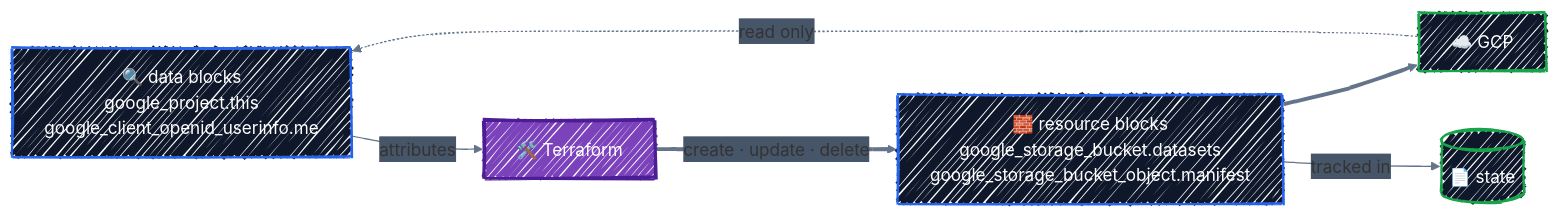
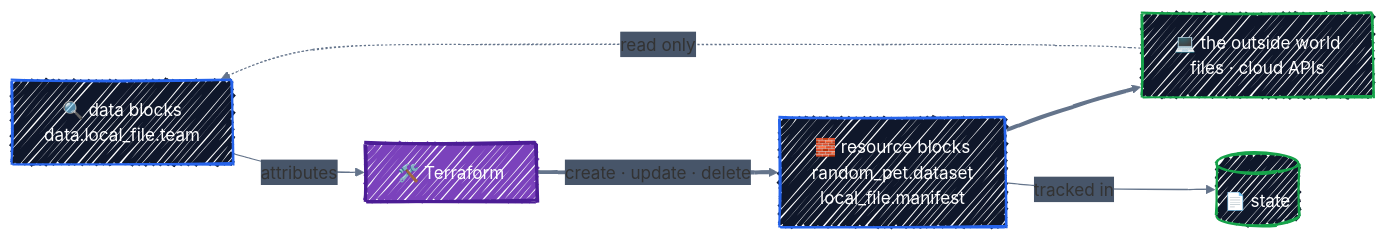
One commit to r97221004/terraform-tutorial changed the first of 2 diagrams in docs/core-language/resources-and-data-sources.md. Above: the diagram before and after it, drawn with Mermaid. The commit also changed other lines of this file and 8 other files, not shown here.

````diff
--- a/docs/core-language/resources-and-data-sources.md
+++ b/docs/core-language/resources-and-data-sources.md
@@ -20,32 +30,32 @@
 ```mermaid
 ---
 config:
   look: handDrawn
   theme: default
   themeVariables:
     fontFamily: '"Comic Sans MS", "Comic Sans", "Segoe Print", "Bradley Hand", cursive'
     lineColor: '#64748B'
     edgeLabelBackground: '#475569'
   themeCSS: |
     .edgeLabel, .edgeLabel p, .edgeLabel span { color: #FFFFFF !important; }
 ---
 flowchart LR
-    data["🔍 data blocks<br/>google_project.this<br/>google_client_openid_userinfo.me"]
+    data["🔍 data blocks<br/>data.local_file.team"]
     tf["🛠️ Terraform"]
-    res["🧱 resource blocks<br/>google_storage_bucket.datasets<br/>google_storage_bucket_object.manifest"]
-    gcp["☁️ GCP"]
+    res["🧱 resource blocks<br/>random_pet.dataset<br/>local_file.manifest"]
+    world["💻 the outside world<br/>files · cloud APIs"]
     state[("📄 state")]
 
-    gcp -. "read only" .-> data
+    world -. "read only" .-> data
     data -->|"attributes"| tf
     tf ==>|"create · update · delete"| res
-    res ==> gcp
+    res ==> world
     res -->|"tracked in"| state
 
     classDef ctrl fill:#0F172A,stroke:#2563EB,stroke-width:2px,color:#FFFFFF
     classDef eng fill:#7B42BC,stroke:#4C1D95,stroke-width:3px,color:#FFFFFF
     classDef tgt fill:#0F172A,stroke:#16A34A,stroke-width:2px,color:#FFFFFF
     class tf eng
     class data,res ctrl
-    class gcp,state tgt
+    class world,state tgt
 ```
````
